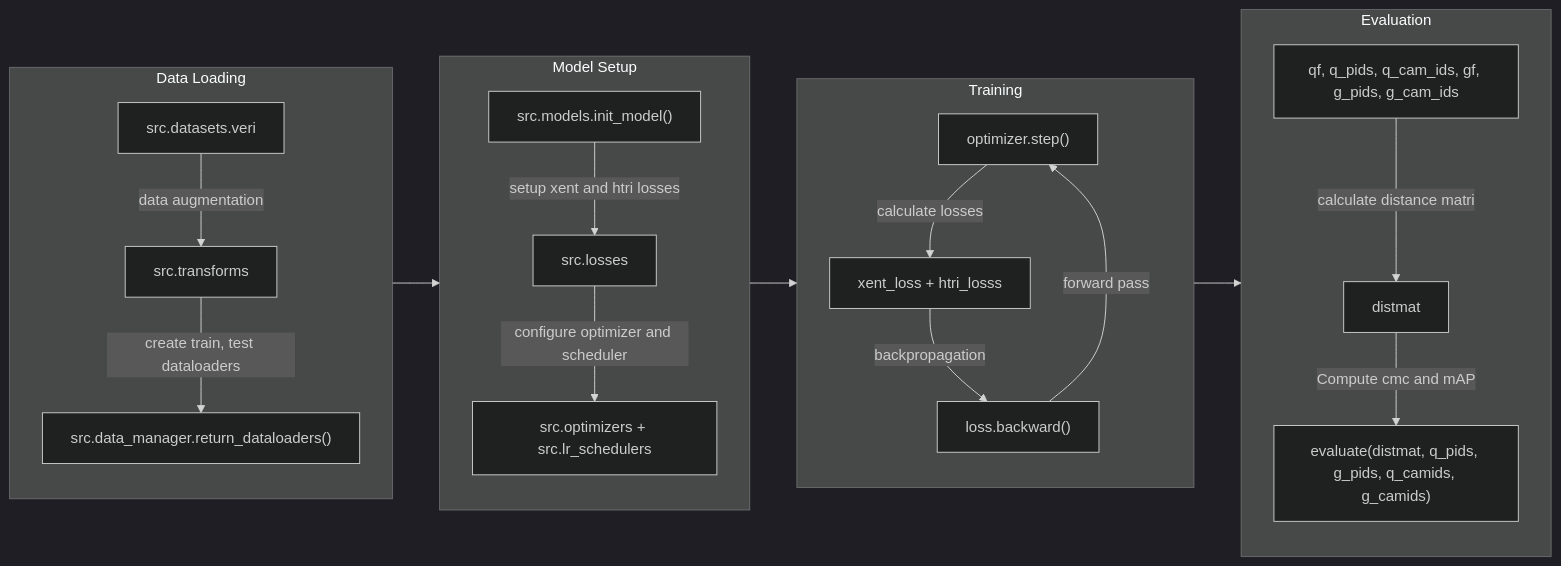
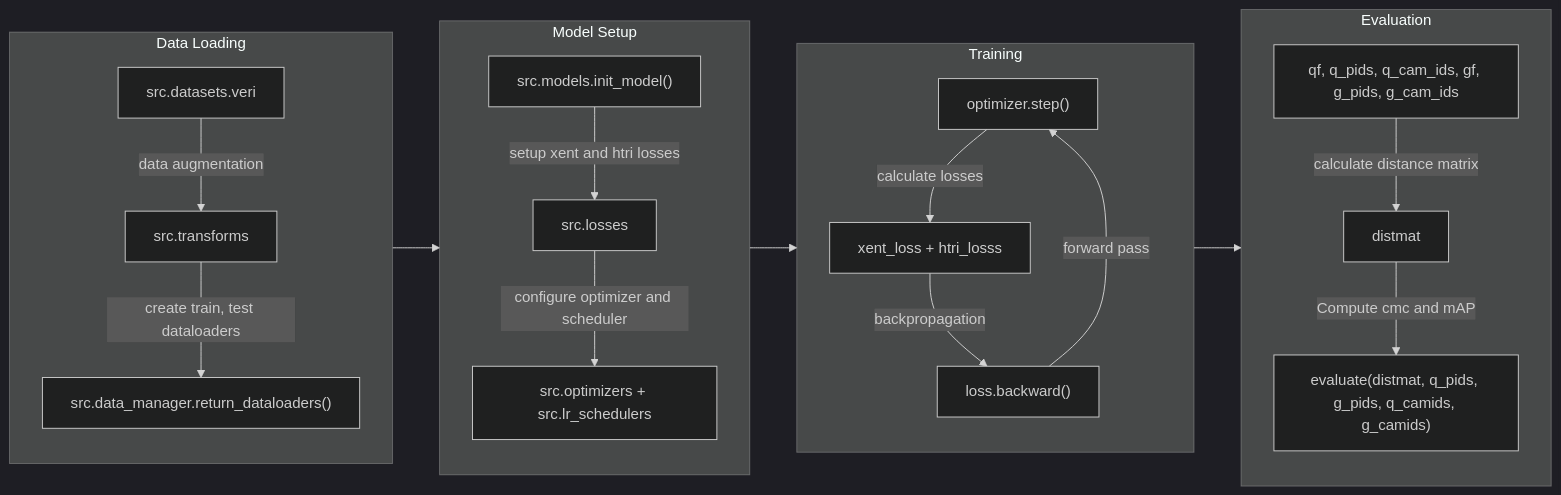
Before and after one commit to frankcholula/VeRi: the diagram in README.md, drawn with Mermaid (dark theme).

Commit message:
fixed some spacing in mermaid.

````diff
--- a/README.md
+++ b/README.md
@@ -10,27 +10,27 @@
 ```mermaid
 flowchart LR
     A[Data Loading] --> B[Model Setup]
     B --> C[Training]
     C --> D[Evaluation]
     
     subgraph A[Data Loading]
-        A1[src.datasets.veri] --data augmentation--> A2[src.transforms]
-        A2 --create train, test dataloaders--> A3["src.data_manager.return_dataloaders()"]
+        A1[src.datasets.veri] -- data augmentation --> A2[src.transforms]
+        A2 -- create train, test dataloaders --> A3["src.data_manager.return_dataloaders()"]
     end
     
     subgraph B[Model Setup]
-        B1["src.models.init_model()"] --setup xent and htri losses--> B2[src.losses]
-        B2 --configure optimizer and scheduler --> B3[src.optimizers + src.lr_schedulers]
+        B1["src.models.init_model()"] -- setup xent and htri losses --> B2[src.losses]
+        B2 -- configure optimizer and scheduler --> B3[src.optimizers + src.lr_schedulers]
     end
     
     subgraph C[Training]
-        C1["optimizer.step()"] --calculate losses--> C2[xent_loss + htri_losss]
-        C2 --backpropagation--> C3["loss.backward()"]
-        C3 --forward pass --> C1
+        C1["optimizer.step()"] -- calculate losses --> C2[xent_loss + htri_losss]
+        C2 -- backpropagation --> C3["loss.backward()"]
+        C3 -- forward pass --> C1
     end
     
     subgraph D[Evaluation]
-        D1["qf, q_pids, q_cam_ids, gf, g_pids, g_cam_ids"] --calculate distance matrix--> D2[distmat]
-        D2 --Compute cmc and mAP--> D3["evaluate(distmat, q_pids, g_pids, q_camids, g_camids)"]
+        D1["qf, q_pids, q_cam_ids, gf, g_pids, g_cam_ids"] -- calculate distance matrix --> D2[distmat]
+        D2 -- Compute cmc and mAP --> D3["evaluate(distmat, q_pids, g_pids, q_camids, g_camids)"]
     end
 ```
````
